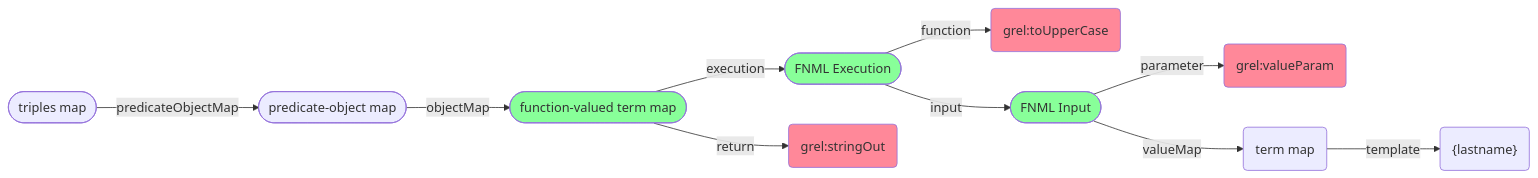
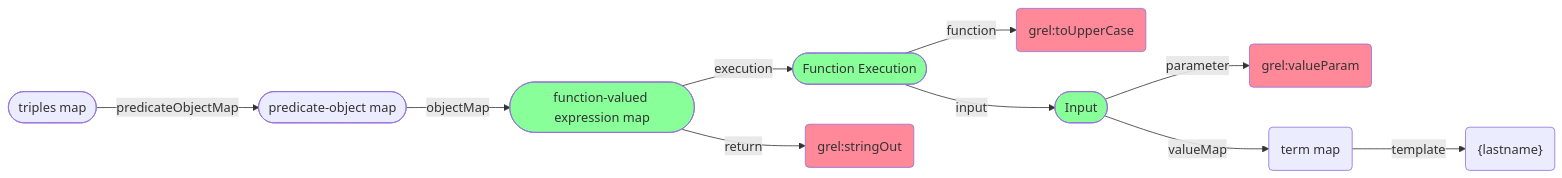
The diagram in spec/diagrams/fnml.md (kg-construct/rml-fnml), drawn with Mermaid before and after one commit. The commit also changed 6 other files, not shown here.

````diff
--- a/spec/diagrams/fnml.md
+++ b/spec/diagrams/fnml.md
@@ -3,35 +3,35 @@
 ```mermaid
 graph LR
     T3M([triples map])
     T3M-->|predicateObjectMap| POM([predicate-object map])
     POM -->|objectMap| FM
     %% FM([Function term map]):::fnml
-    FM([function-valued term map]):::fnml
+    FM([function-valued expression map]):::fnml
     %% FM -->|function value| Ex([triples map])
-    FM -->|execution| Ex([FNML Execution]):::fnml
+    FM -->|execution| Ex([Function Execution]):::fnml
     %% FM -->|execution| Ex([Function triples map]):::fnml
     %% FM -->|function value| Ex([Function triples map]):::fnml
     FM -->|return| J(grel:stringOut):::fno
     Ex -->|function| Fn(grel:toUpperCase):::fno
     %% Ex -->|predicateObjectMap| ExPOM([predicate-object map])
     %% ExPOM -->|predicate| ExP(fno:executes):::fno
     %% ExPOM -->|object map| ExO([Object map])
     %% ExO -->|constant| ExO1(grel:toUpperCase):::fno
-    Ex -->|input| ParamPOM([FNML Input]):::fnml
+    Ex -->|input| ParamPOM([Input]):::fnml
     %% Ex -->|predicateObjectMap| ParamPOM([predicate-object map])
     ParamPOM -->|parameter| P2(grel:valueParam):::fno
     ParamPOM -->|valueMap| O1(term map)
     %% ParamPOM -->|predicate| P2(grel:str_value):::fno
     %% ParamPOM -->|object map| O1([Object map])
     O1 --> |template| Ot1("{lastname}"):::kfno
     %% ParamPOM -->|objectMap| ROM([ReferencingObjectMap])
     %% ROM -->|parentTriplesMap| PT3M([TriplesMap]):::ls2
     %% ROM -->|joinCondition| JC([JoinCondition])
     %% ROM -->|joinResultTerm| JTM("{parentsource_value}"):::ls2
     %% JC -->|childTerm| ChTM([TermMap]):::ls2
     %% JC -->|parentTerm| PaTM([TermMap]):::ls2
     classDef fnml fill:#8F9
     classDef fno fill:#F89
     classDef rml fill:#89F
     classDef ls2 fill:#09F
 ```
````
